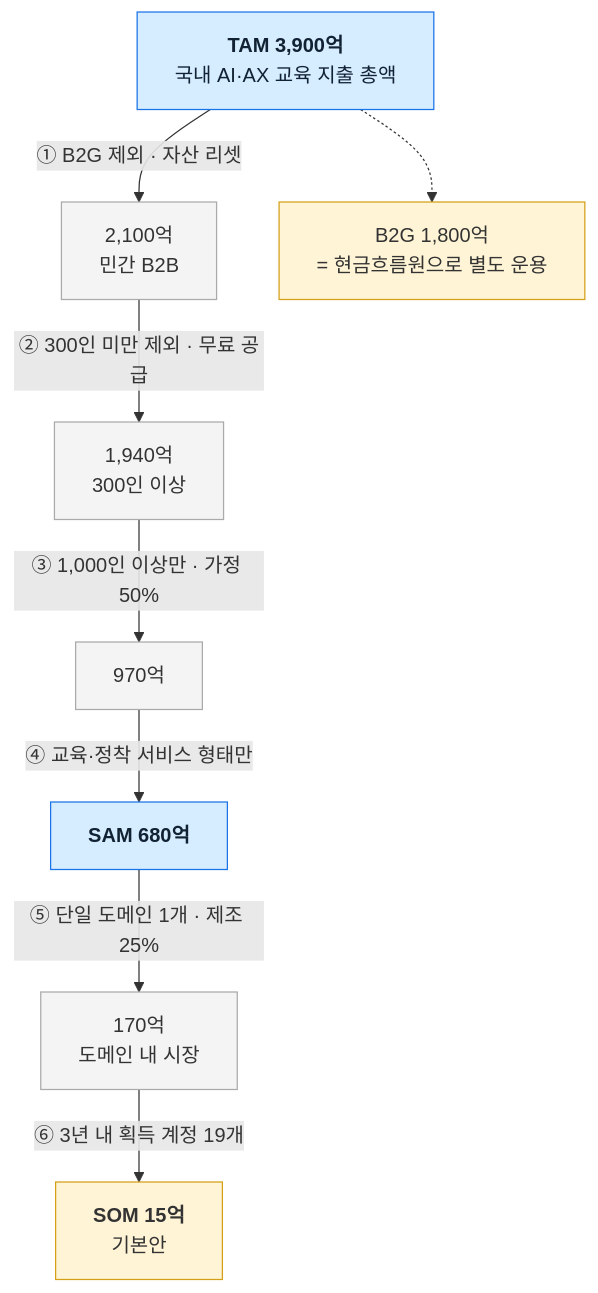
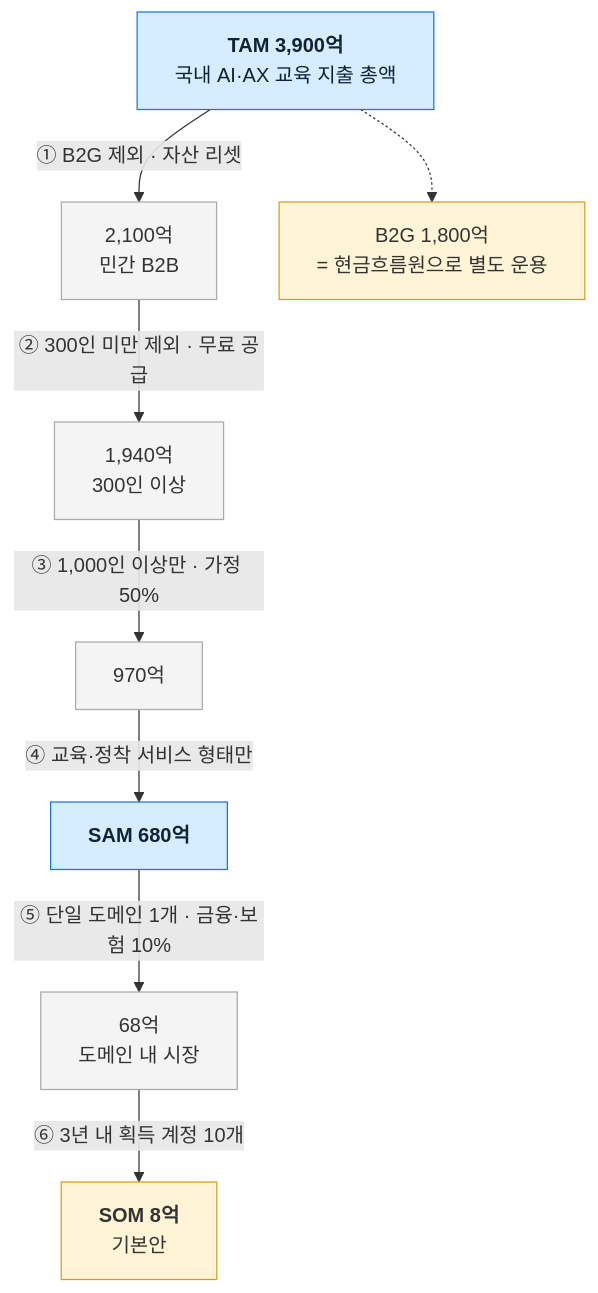
One commit to happai079/business-research-kokjip changed the third of 3 diagrams in 04-tam-sam-som-market-segment-map/case-01-ai-education-edtech.md. Above: the diagram before and after it, drawn with Mermaid. The commit also changed other lines of this file and 5 other files, not shown here.

````diff
--- a/04-tam-sam-som-market-segment-map/case-01-ai-education-edtech.md
+++ b/04-tam-sam-som-market-segment-map/case-01-ai-education-edtech.md
@@ -196,21 +196,21 @@
 ```mermaid
 flowchart TD
     T["<b>TAM 3,900억</b><br/>국내 AI·AX 교육 지출 총액"]
     T -->|"① B2G 제외 · 자산 리셋"| F1["2,100억<br/>민간 B2B"]
     F1 -->|"② 300인 미만 제외 · 무료 공급"| F2["1,940억<br/>300인 이상"]
     F2 -->|"③ 1,000인 이상만 · 가정 50%"| F3["970억"]
     F3 -->|"④ 교육·정착 서비스 형태만"| S["<b>SAM 680억</b>"]
-    S -->|"⑤ 단일 도메인 1개 · 제조 25%"| D["170억<br/>도메인 내 시장"]
-    D -->|"⑥ 3년 내 획득 계정 19개"| O["<b>SOM 15억</b><br/>기본안"]
+    S -->|"⑤ 단일 도메인 1개 · 금융·보험 10%"| D["68억<br/>도메인 내 시장"]
+    D -->|"⑥ 3년 내 획득 계정 10개"| O["<b>SOM 8억</b><br/>기본안"]
 
     X1["B2G 1,800억<br/>= 현금흐름원으로 별도 운용"]
     T -.-> X1
 
     classDef tam fill:#d6ecff,stroke:#1a73e8,color:#123
     classDef mid fill:#f4f4f4,stroke:#aaa,color:#333
     classDef som fill:#fff4d6,stroke:#d4a017,color:#333
     class T,S tam
     class F1,F2,F3,D mid
     class O som
     class X1 som
 ```
````
